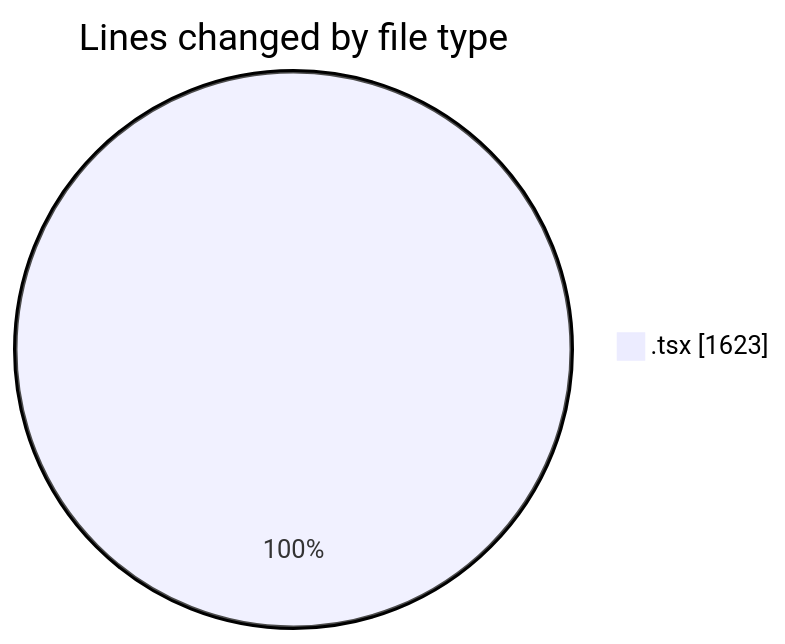
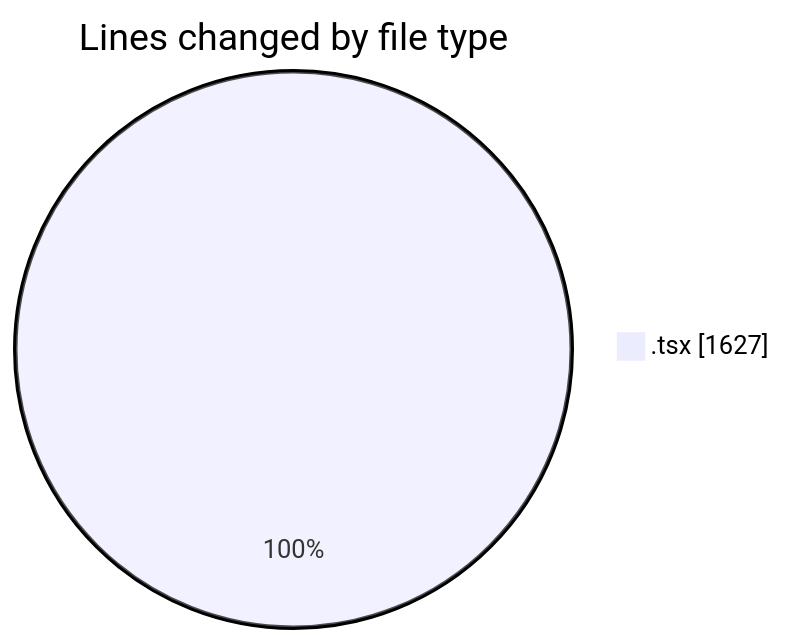
The first of 2 diagrams in 2025-09-24/cda/README.md (momahboobian/code-tracking), drawn with Mermaid before and after one commit. The commit also changed other lines of this file and 1 other file, not shown here.

````diff
--- a/2025-09-24/cda/README.md
+++ b/2025-09-24/cda/README.md
@@ -22,5 +22,5 @@
 ```mermaid
 pie showData
 title Lines changed by file type
-".tsx" : 1623
+".tsx" : 1627
 ```
````
